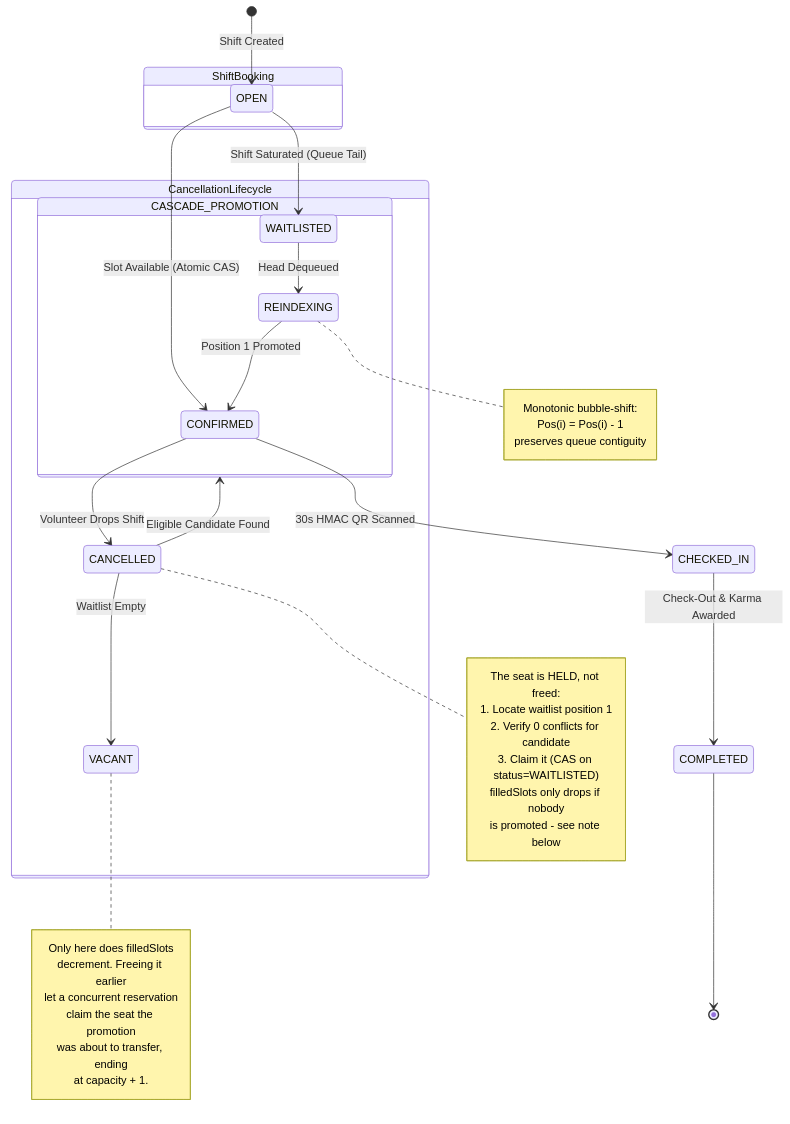
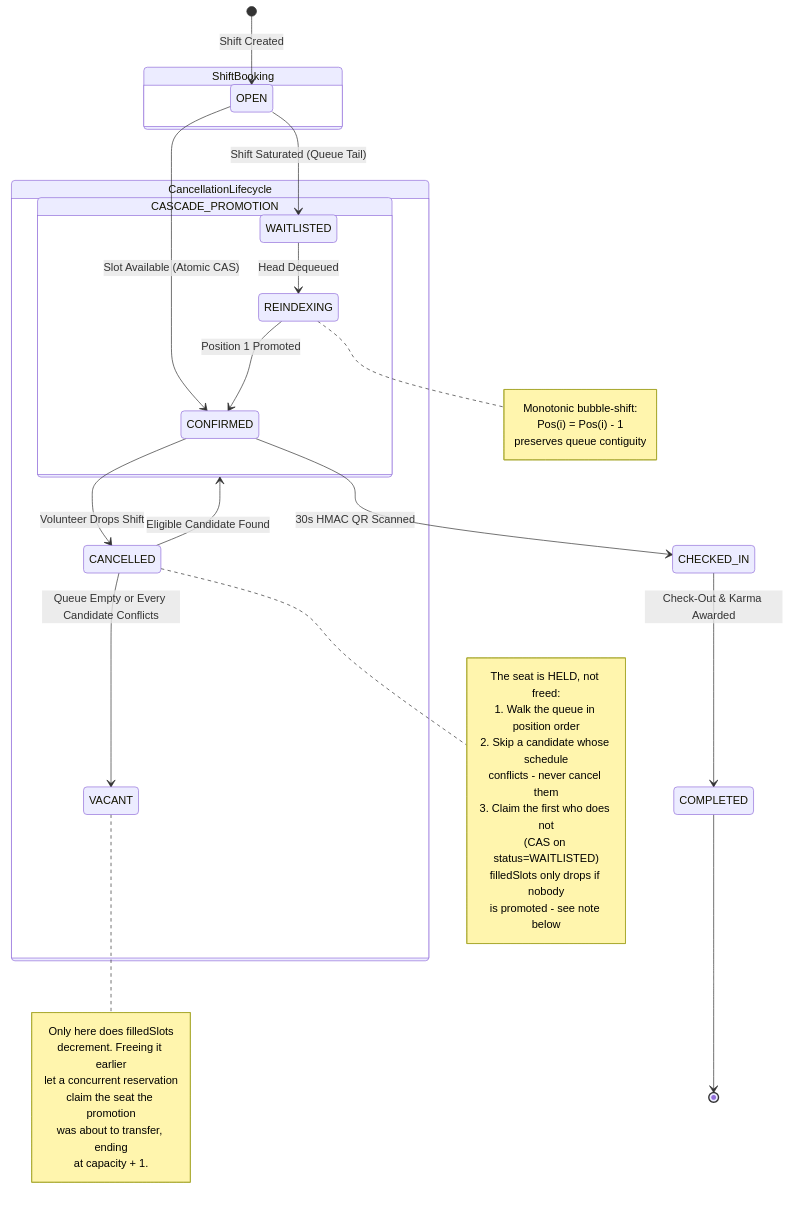
The fourth of 10 diagrams in ARCHITECTURE.md (aritroBh/HackIllinois-2027-Systems-Coding-Challenge), drawn with Mermaid before and after one commit. The commit also changed other lines of this file and 89 other files, not shown here.

````diff
--- a/ARCHITECTURE.md
+++ b/ARCHITECTURE.md
@@ -302,46 +304,48 @@
 ```mermaid
 stateDiagram-v2
     [*] --> OPEN : Shift Created
 
     state ShiftBooking {
         OPEN --> CONFIRMED : Slot Available (Atomic CAS)
         OPEN --> WAITLISTED : Shift Saturated (Queue Tail)
     }
 
     state CancellationLifecycle {
         CONFIRMED --> CANCELLED : Volunteer Drops Shift
         note right of CANCELLED
             The seat is HELD, not freed:
-            1. Locate waitlist position 1
-            2. Verify 0 conflicts for candidate
-            3. Claim it (CAS on status=WAITLISTED)
+            1. Walk the queue in position order
+            2. Skip a candidate whose schedule
+               conflicts - never cancel them
+            3. Claim the first who does not
+               (CAS on status=WAITLISTED)
             filledSlots only drops if nobody
             is promoted - see note below
         end note
 
         CANCELLED --> CASCADE_PROMOTION : Eligible Candidate Found
-        CANCELLED --> VACANT : Waitlist Empty
+        CANCELLED --> VACANT : Queue Empty or Every Candidate Conflicts
         note right of VACANT
             Only here does filledSlots
             decrement. Freeing it earlier
             let a concurrent reservation
             claim the seat the promotion
             was about to transfer, ending
             at capacity + 1.
         end note
     }
 
     state CASCADE_PROMOTION {
         WAITLISTED --> REINDEXING : Head Dequeued
         REINDEXING --> CONFIRMED : Position 1 Promoted
         note right of REINDEXING
             Monotonic bubble-shift:
             Pos(i) = Pos(i) - 1
             preserves queue contiguity
         end note
     }
 
     CONFIRMED --> CHECKED_IN : 30s HMAC QR Scanned
     CHECKED_IN --> COMPLETED : Check-Out & Karma Awarded
     COMPLETED --> [*]
 ```
````
